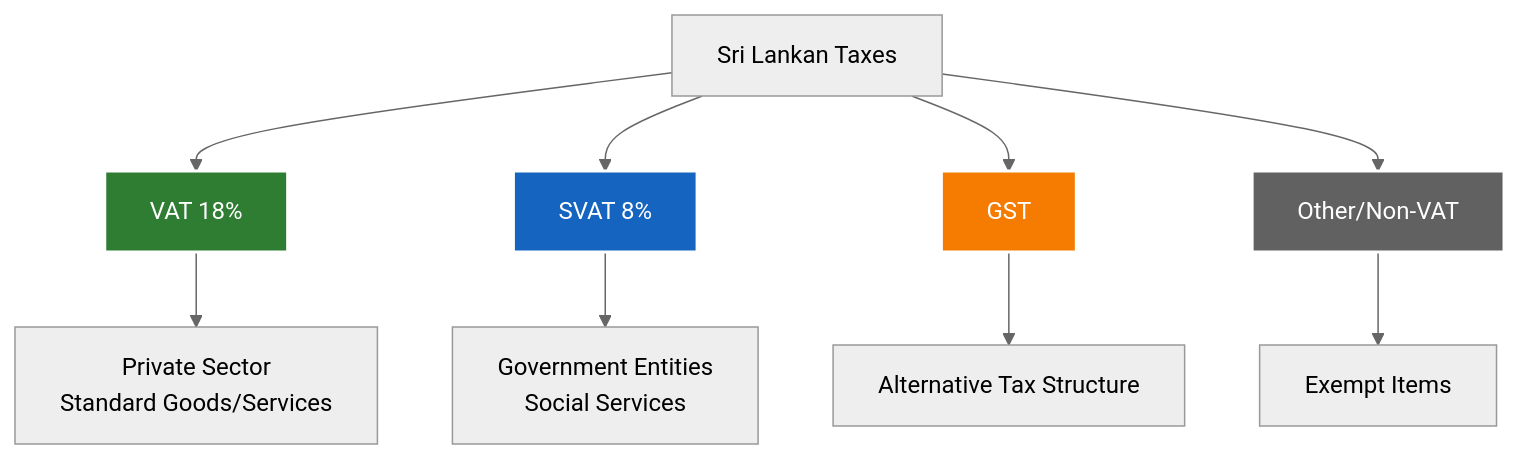
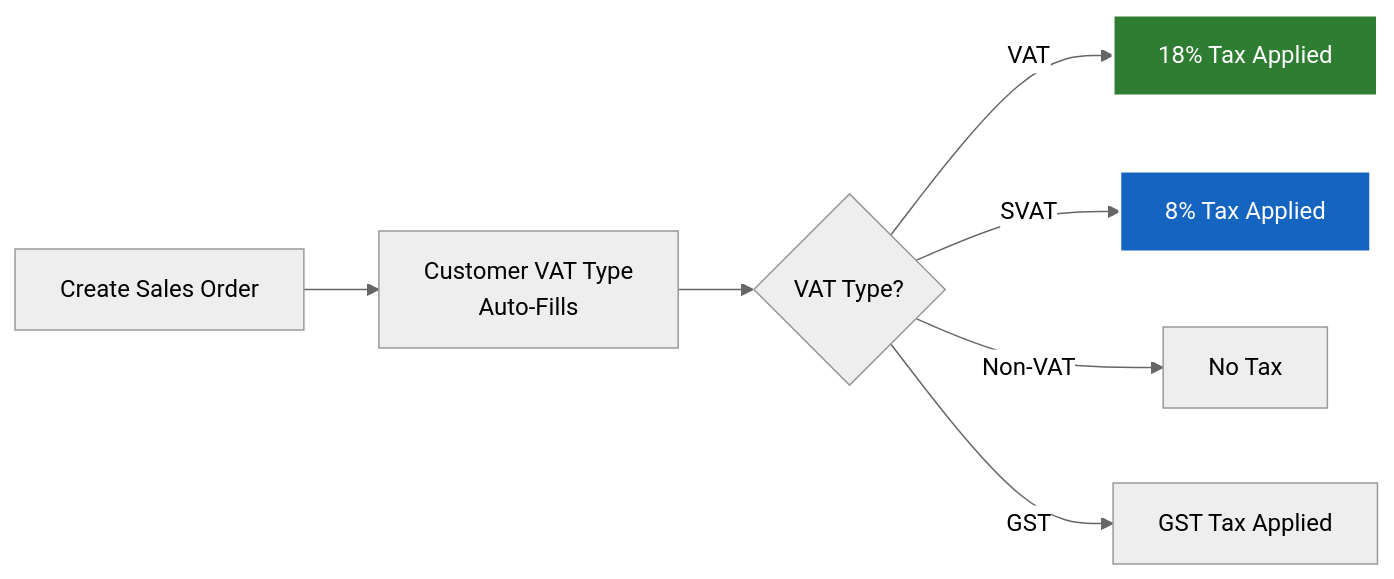
Diagram 11 of 11 in lablink/Document/LABLINK_CUSTOM_DEVELOPMENTS_MANUAL.md (centrics-lakshitha/development_documentation), drawn with Mermaid (neutral theme) before and after one commit. The commit also changed other lines of this file, not shown here.

````diff
--- a/lablink/Document/LABLINK_CUSTOM_DEVELOPMENTS_MANUAL.md
+++ b/lablink/Document/LABLINK_CUSTOM_DEVELOPMENTS_MANUAL.md
@@ -827,17 +810,12 @@
 ```mermaid
-graph TD
-    A[Sri Lankan Taxes] --> B[VAT 18%]
-    A --> C[SVAT 8%]
-    A --> D[GST]
-    A --> E[Other/Non-VAT]
+graph LR
+    A[Create Sales Order] --> B[Customer VAT Type<br/>Auto-Fills]
+    B --> C{VAT Type?}
+    C -->|VAT| D[18% Tax Applied]
+    C -->|SVAT| E[8% Tax Applied]
+    C -->|Non-VAT| F[No Tax]
+    C -->|GST| G[GST Tax Applied]
 
-    B --> B1[Private Sector<br/>Standard Goods/Services]
-    C --> C1[Government Entities<br/>Social Services]
-    D --> D1[Alternative Tax Structure]
-    E --> E1[Exempt Items]
-
-    style B fill:#2E7D32,stroke:#fff,stroke-width:2px,color:#fff
-    style C fill:#1565C0,stroke:#fff,stroke-width:2px,color:#fff
-    style D fill:#F57C00,stroke:#fff,stroke-width:2px,color:#fff
-    style E fill:#616161,stroke:#fff,stroke-width:2px,color:#fff
+    style D fill:#2E7D32,stroke:#fff,stroke-width:2px,color:#fff
+    style E fill:#1565C0,stroke:#fff,stroke-width:2px,color:#fff
 ```
````
